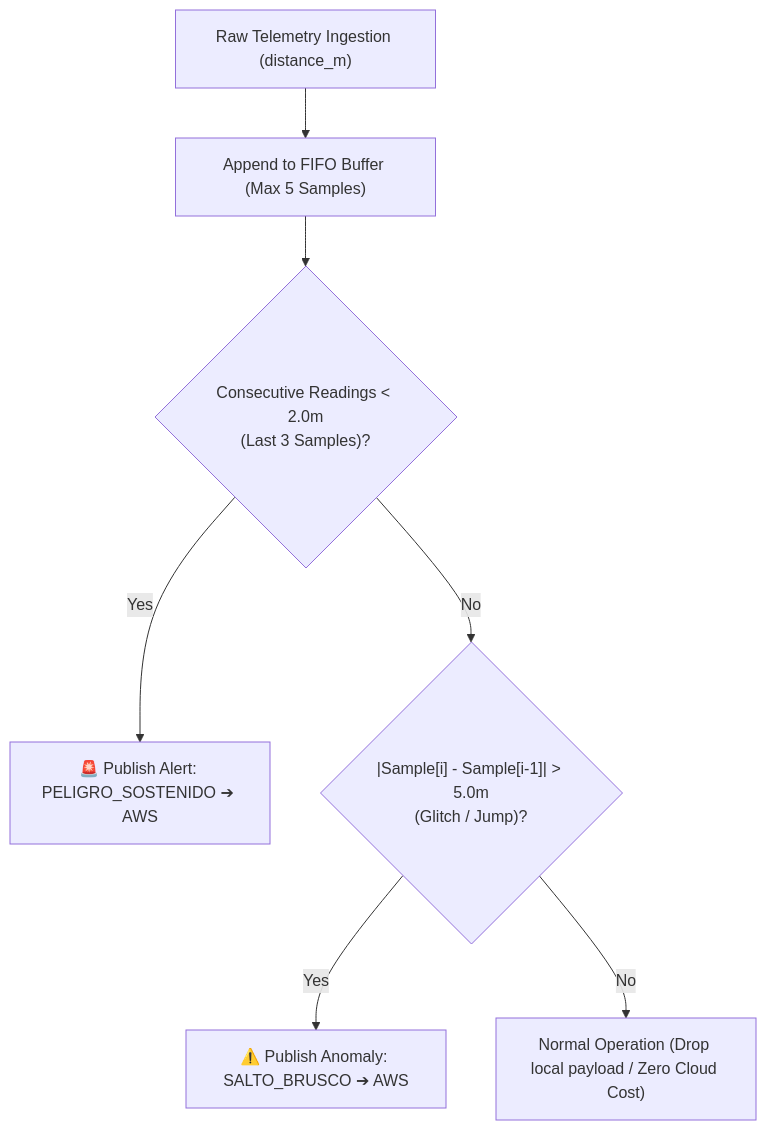
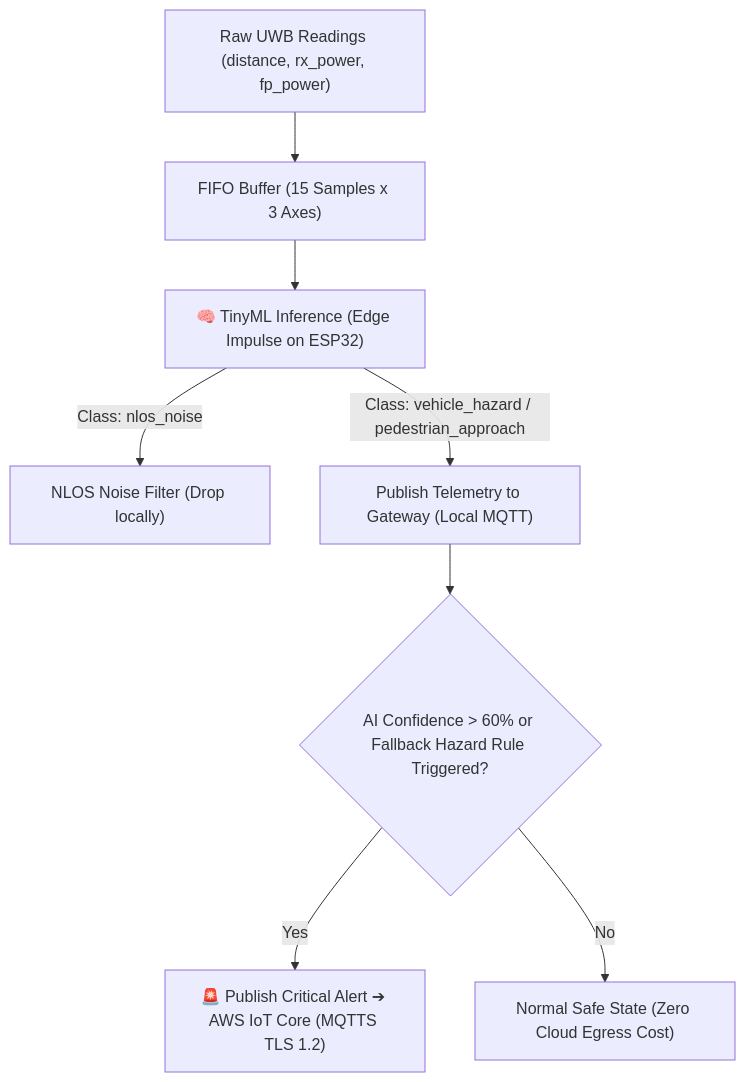
The diagram in README-en.md (Rivero-Agustin/embedded-linux-iot-gateway), drawn with Mermaid before and after one commit. The commit also changed other lines of this file and 1460 other files, not shown here.

Commit message:
feat: Integracion TinyML Edge Impulse, FreeRTOS y Gateway AWS IoT Core

````diff
--- a/README-en.md
+++ b/README-en.md
@@ -76,9 +92,10 @@
 ```mermaid
 flowchart TD
-    A["Raw Telemetry Ingestion (distance_m)"] --> B["Append to FIFO Buffer (Max 5 Samples)"]
-    B --> C{"Consecutive Readings < 2.0m\n(Last 3 Samples)?"}
-    C -- Yes --> D["🚨 Publish Alert: PELIGRO_SOSTENIDO ➔ AWS"]
-    C -- No --> E{"|Sample[i] - Sample[i-1]| > 5.0m\n(Glitch / Jump)?"}
-    E -- Yes --> F["⚠️ Publish Anomaly: SALTO_BRUSCO ➔ AWS"]
-    E -- No --> G["Normal Operation (Drop local payload / Zero Cloud Cost)"]
+    A["Raw UWB Readings (distance, rx_power, fp_power)"] --> B["FIFO Buffer (15 Samples x 3 Axes)"]
+    B --> C["🧠 TinyML Inference (Edge Impulse on ESP32)"]
+    C -->|Class: nlos_noise| D["NLOS Noise Filter (Drop locally)"]
+    C -->|Class: vehicle_hazard / pedestrian_approach| E["Publish Telemetry to Gateway (Local MQTT)"]
+    E --> F{"AI Confidence > 60% or Fallback Hazard Rule Triggered?"}
+    F -- Yes --> G["🚨 Publish Critical Alert ➔ AWS IoT Core (MQTTS TLS 1.2)"]
+    F -- No --> H["Normal Safe State (Zero Cloud Egress Cost)"]
 ```
````
